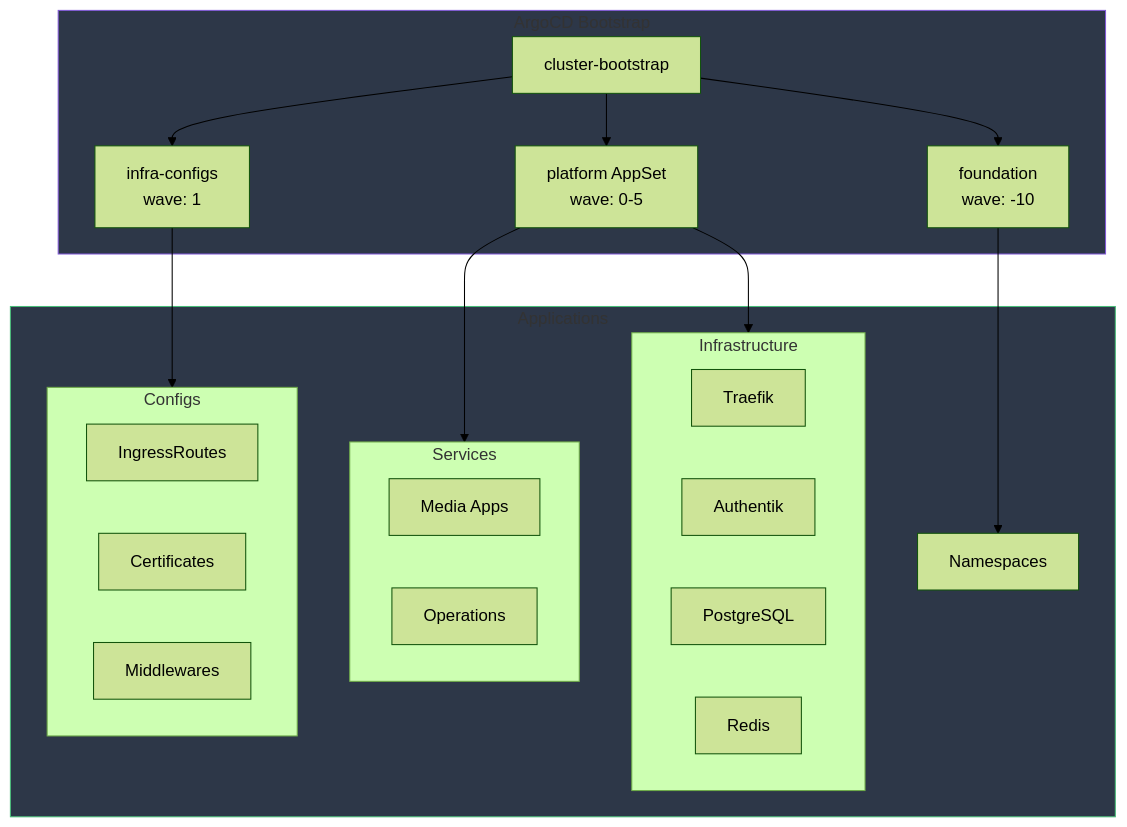
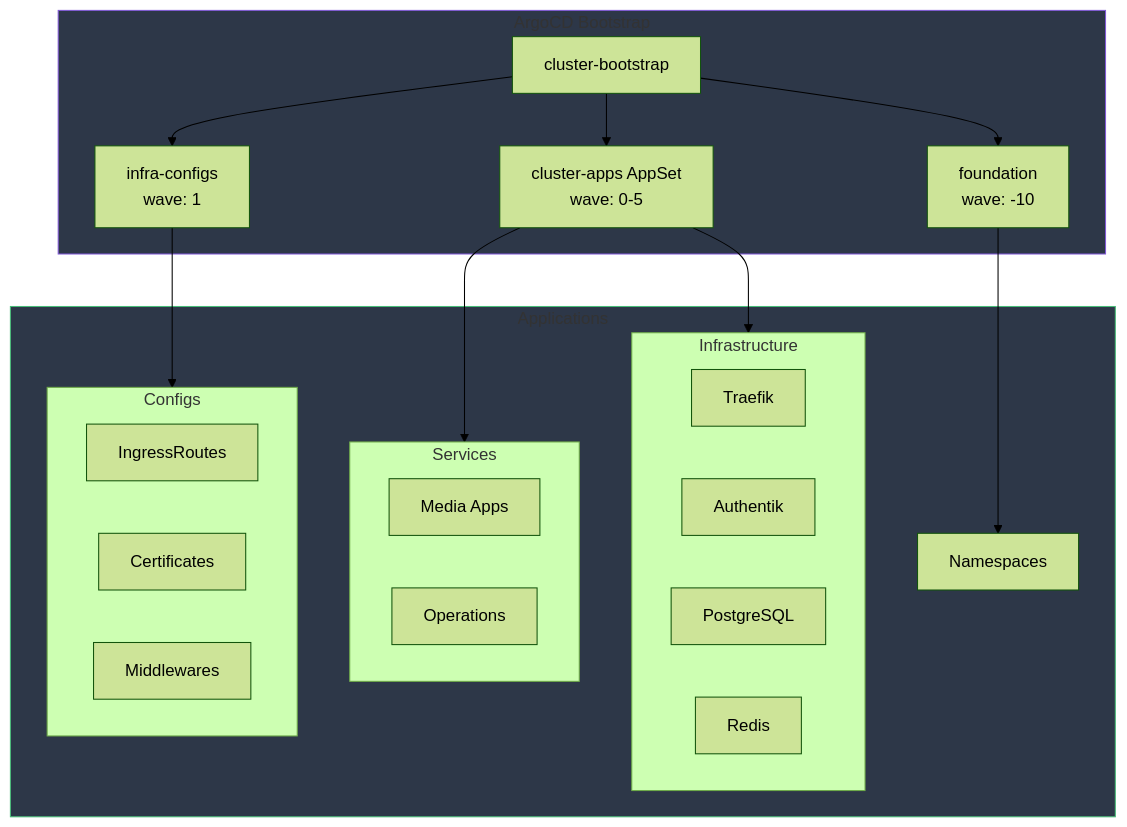
The first of 4 diagrams in README.md (Starktastic-Homelab/apps), drawn with Mermaid (forest theme) before and after one commit. The commit also changed other lines of this file and 157 other files, not shown here.

First line of the commit message:
refactor: rename platform to apps

````diff
--- a/README.md
+++ b/README.md
@@ -14,36 +14,36 @@
 ```mermaid
 flowchart TB
     subgraph Bootstrap["ArgoCD Bootstrap"]
         ClusterBootstrap[cluster-bootstrap] --> Foundation
         ClusterBootstrap --> InfraConfigs
         ClusterBootstrap --> AppSet
     end
     
     subgraph Apps["Applications"]
         Foundation[foundation<br/>wave: -10] --> Namespaces[Namespaces]
-        AppSet[platform AppSet<br/>wave: 0-5] --> Controllers
+        AppSet[cluster-apps AppSet<br/>wave: 0-5] --> Controllers
         AppSet --> Services
         InfraConfigs[infra-configs<br/>wave: 1] --> Ingresses
         
         subgraph Controllers["Infrastructure"]
             Traefik[Traefik]
             Authentik[Authentik]
             PostgreSQL[PostgreSQL]
             Redis[Redis]
         end
         
         subgraph Services["Services"]
             Media[Media Apps]
             Operations[Operations]
         end
         
         subgraph Ingresses["Configs"]
             Routes[IngressRoutes]
             Certs[Certificates]
             MW[Middlewares]
         end
     end
     
     style Bootstrap fill:#2d3748,stroke:#805ad5
     style Apps fill:#2d3748,stroke:#48bb78
 ```
````
